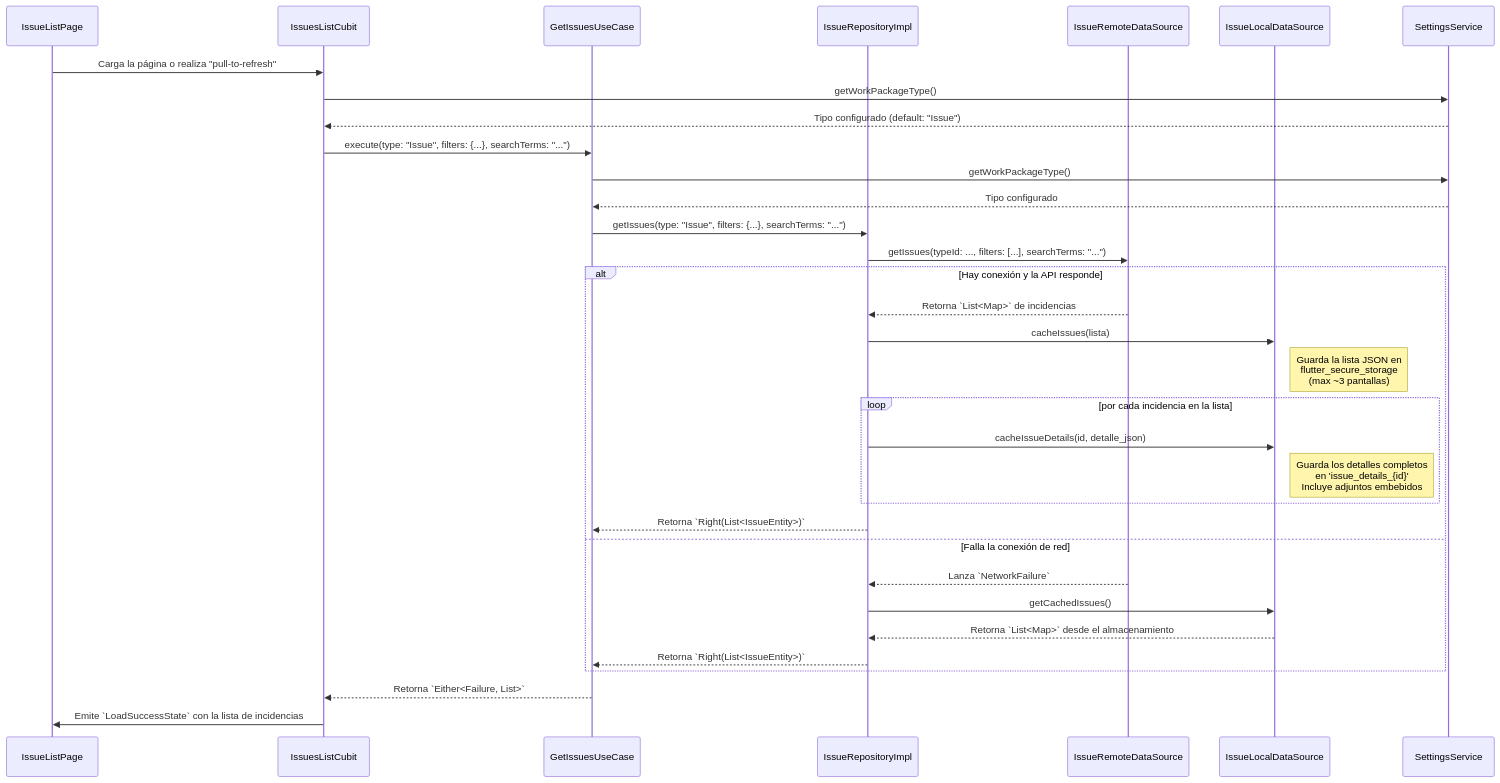
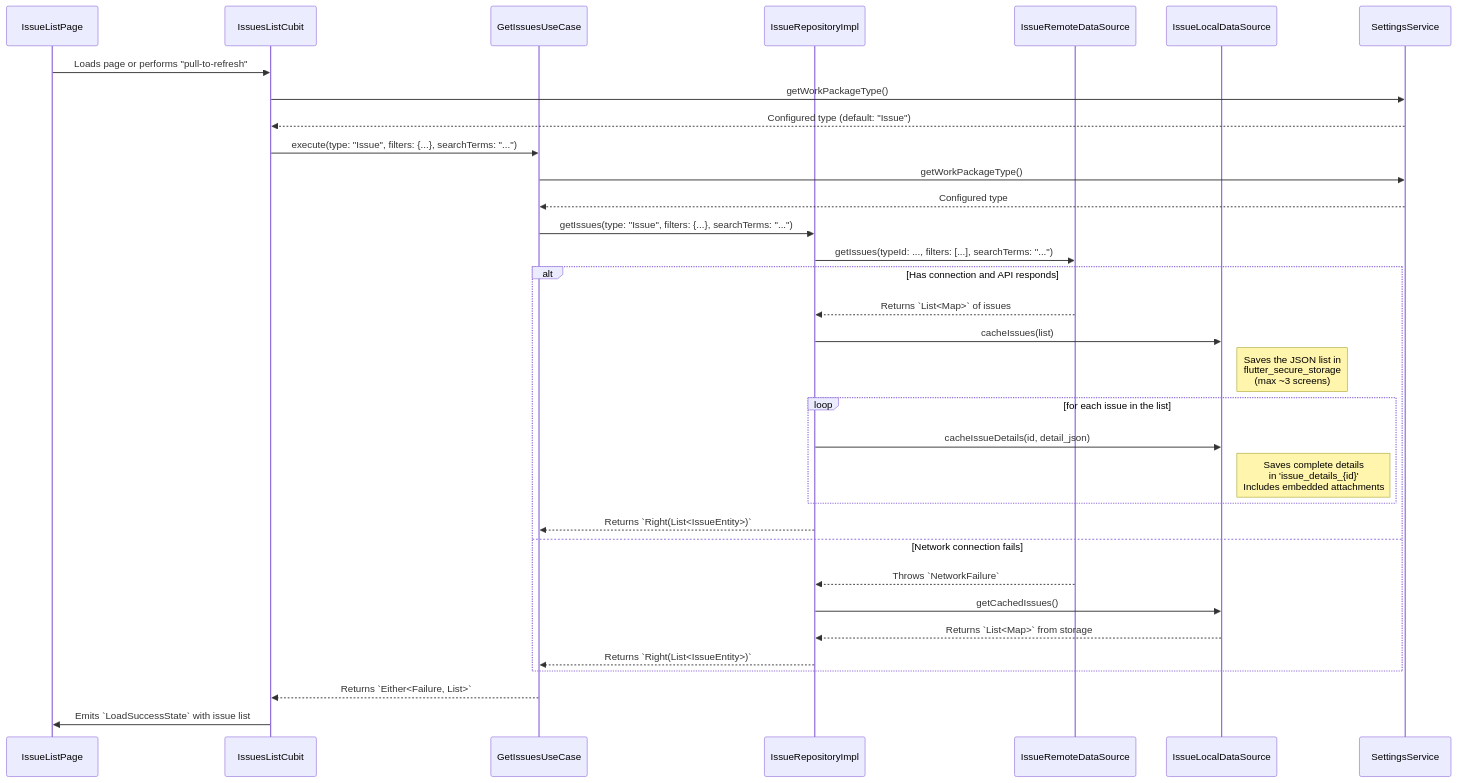
One commit to danibeni/SIREN_APP changed the fifth of 9 diagrams in docs/SIREN_PROJECT_OVERVIEW.md. Above: the diagram before and after it, drawn with Mermaid. The commit also changed other lines of this file and 4 other files, not shown here.

````diff
--- a/docs/SIREN_PROJECT_OVERVIEW.md
+++ b/docs/SIREN_PROJECT_OVERVIEW.md
@@ -218,41 +218,41 @@
 ```mermaid
 sequenceDiagram
     participant UI as IssueListPage
     participant Cubit as IssuesListCubit
     participant UC as GetIssuesUseCase
     participant Repo as IssueRepositoryImpl
     participant RemoteDS as IssueRemoteDataSource
     participant LocalDS as IssueLocalDataSource
     participant Settings as SettingsService
 
-    UI->>Cubit: Carga la página o realiza "pull-to-refresh"
+    UI->>Cubit: Loads page or performs "pull-to-refresh"
     Cubit->>Settings: getWorkPackageType()
-    Settings-->>Cubit: Tipo configurado (default: "Issue")
+    Settings-->>Cubit: Configured type (default: "Issue")
     Cubit->>UC: execute(type: "Issue", filters: {...}, searchTerms: "...")
     UC->>Settings: getWorkPackageType()
-    Settings-->>UC: Tipo configurado
+    Settings-->>UC: Configured type
     UC->>Repo: getIssues(type: "Issue", filters: {...}, searchTerms: "...")
     
     Repo->>RemoteDS: getIssues(typeId: ..., filters: [...], searchTerms: "...")
     
-    alt Hay conexión y la API responde
-        RemoteDS-->>Repo: Retorna `List<Map>` de incidencias
-        Repo->>LocalDS: cacheIssues(lista)
-        Note right of LocalDS: Guarda la lista JSON en<br>flutter_secure_storage<br>(max ~3 pantallas)
+    alt Has connection and API responds
+        RemoteDS-->>Repo: Returns `List<Map>` of issues
+        Repo->>LocalDS: cacheIssues(list)
+        Note right of LocalDS: Saves the JSON list in<br>flutter_secure_storage<br>(max ~3 screens)
         
-        loop por cada incidencia en la lista
-            Repo->>LocalDS: cacheIssueDetails(id, detalle_json)
-            Note right of LocalDS: Guarda los detalles completos<br>en 'issue_details_{id}'<br>Incluye adjuntos embebidos
+        loop for each issue in the list
+            Repo->>LocalDS: cacheIssueDetails(id, detail_json)
+            Note right of LocalDS: Saves complete details<br>in 'issue_details_{id}'<br>Includes embedded attachments
         end
 
-        Repo-->>UC: Retorna `Right(List<IssueEntity>)`
-    else Falla la conexión de red
-        RemoteDS-->>Repo: Lanza `NetworkFailure`
+        Repo-->>UC: Returns `Right(List<IssueEntity>)`
+    else Network connection fails
+        RemoteDS-->>Repo: Throws `NetworkFailure`
         Repo->>LocalDS: getCachedIssues()
-        LocalDS-->>Repo: Retorna `List<Map>` desde el almacenamiento
-        Repo-->>UC: Retorna `Right(List<IssueEntity>)`
+        LocalDS-->>Repo: Returns `List<Map>` from storage
+        Repo-->>UC: Returns `Right(List<IssueEntity>)`
     end
 
-    UC-->>Cubit: Retorna `Either<Failure, List>`
-    Cubit->>UI: Emite `LoadSuccessState` con la lista de incidencias
+    UC-->>Cubit: Returns `Either<Failure, List>`
+    Cubit->>UI: Emits `LoadSuccessState` with issue list
 ```
````
